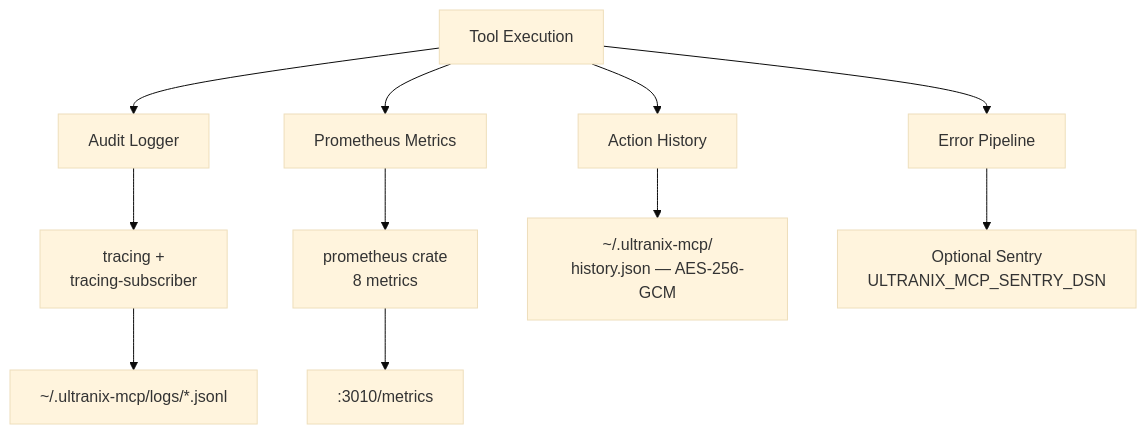
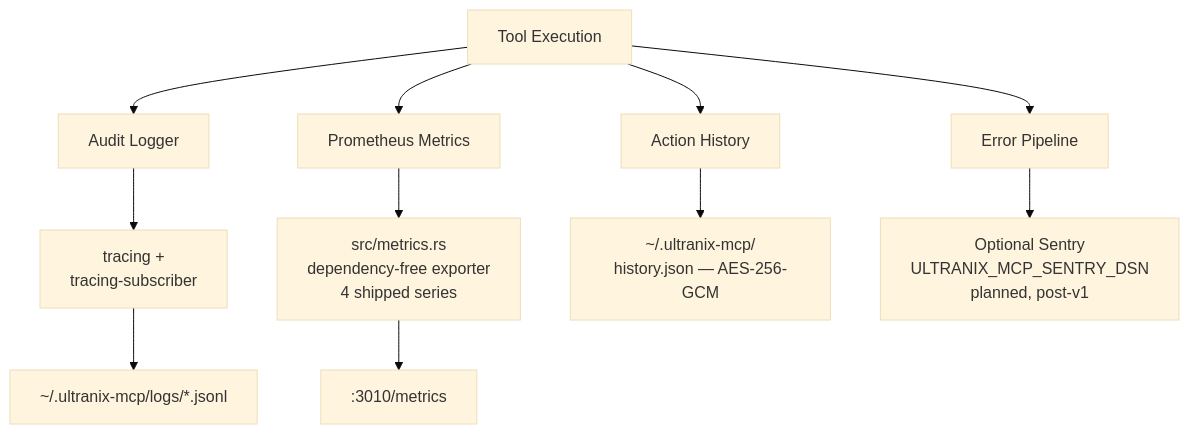
One commit to jxoesneon/ultranix-mcp changed the fifth of 9 diagrams in docs/ARCHITECTURE.md. Above: the diagram before and after it, drawn with Mermaid (base theme). The commit also changed other lines of this file and 51 other files, not shown here.

````diff
--- a/docs/ARCHITECTURE.md
+++ b/docs/ARCHITECTURE.md
@@ -360,15 +375,15 @@
 ```mermaid
 graph TB
     EXEC[Tool Execution] --> LOG[Audit Logger]
     EXEC --> METRICS[Prometheus Metrics]
     EXEC --> HISTORY[Action History]
     EXEC --> ERR[Error Pipeline]
 
     LOG --> TRACING[tracing +<br/>tracing-subscriber]
-    METRICS --> PROM[prometheus crate<br/>8 metrics]
+    METRICS --> PROM[src/metrics.rs<br/>dependency-free exporter<br/>4 shipped series]
     HISTORY --> JSON[~/.ultranix-mcp/<br/>history.json — AES-256-GCM]
-    ERR --> SENTRY2[Optional Sentry<br/>ULTRANIX_MCP_SENTRY_DSN]
+    ERR --> SENTRY2[Optional Sentry<br/>ULTRANIX_MCP_SENTRY_DSN<br/>planned, post-v1]
 
     TRACING --> DISK[~/.ultranix-mcp/logs/*.jsonl]
     PROM --> ENDPOINT[:3010/metrics]
 ```
````
